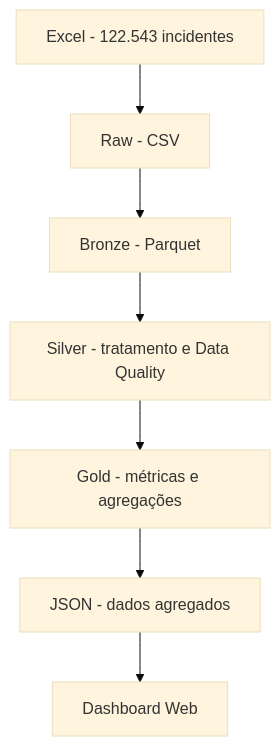
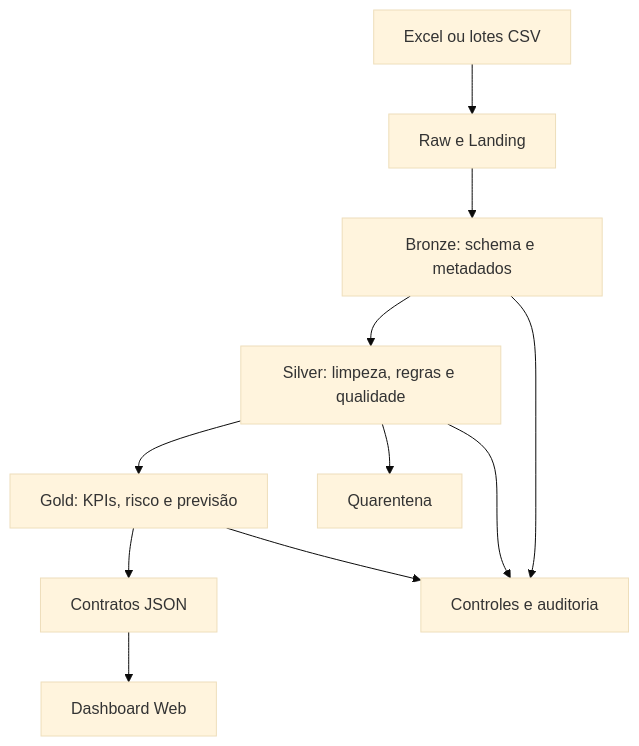
The first of 2 diagrams in README.md (tecStudent/pyspark-it-incident-etl), drawn with Mermaid (base theme) before and after one commit. The commit also changed other lines of this file, not shown here.

````diff
--- a/README.md
+++ b/README.md
@@ -18,9 +28,13 @@
-```mermaid
+~~~mermaid
 flowchart TD
-    A["Excel - 122.543 incidentes"] --> B["Raw - CSV"]
-    B --> C["Bronze - Parquet"]
-    C --> D["Silver - tratamento e Data Quality"]
-    D --> E["Gold - métricas e agregações"]
-    E --> F["JSON - dados agregados"]
-    F --> G["Dashboard Web"]
-```
+    A["Excel ou lotes CSV"] --> B["Raw e Landing"]
+    B --> C["Bronze: schema e metadados"]
+    C --> D["Silver: limpeza, regras e qualidade"]
+    D --> E["Gold: KPIs, risco e previsão"]
+    D --> Q["Quarentena"]
+    E --> J["Contratos JSON"]
+    J --> W["Dashboard Web"]
+    C --> O["Controles e auditoria"]
+    D --> O
+    E --> O
+~~~
````
